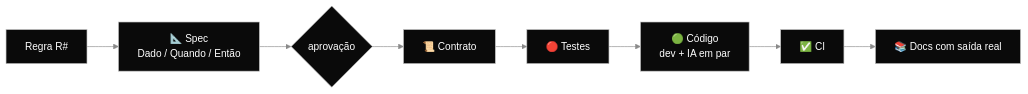
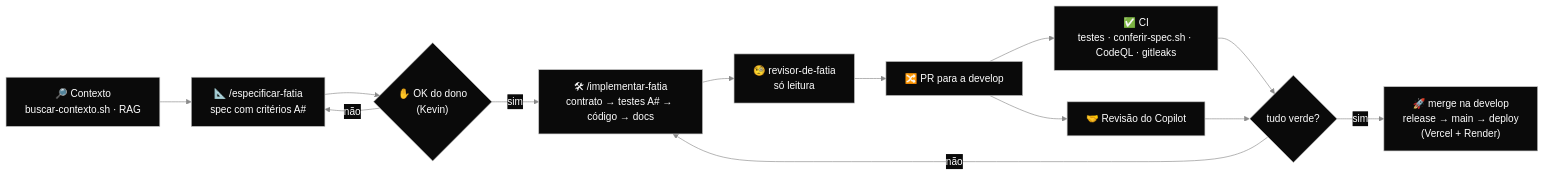
Before and after one commit to k3vinrich4rd/barbearia-altas-horas: the eighth of 8 diagrams in README.md, drawn with Mermaid. The commit also changed other lines of this file, not shown here.

Commit message:
docs(readme): seção única de como foi desenvolvido com IA (SDD, RAG, skills, agentes, Copilot e fluxo da fatia)

````diff
--- a/README.md
+++ b/README.md
@@ -708,11 +661,16 @@
 ```mermaid
 %%{init: {'theme':'base','themeVariables':{'primaryColor':'#0A0A0A','primaryTextColor':'#FFFFFF','primaryBorderColor':'#C0C0C0','lineColor':'#8A8A8A','fontFamily':'Helvetica, Arial, sans-serif'}}}%%
 flowchart LR
-    R[Regra R#] --> S[📐 Spec<br/>Dado / Quando / Então]
-    S --> OK{aprovação}
-    OK --> C[📜 Contrato]
-    C --> T[🔴 Testes]
-    T --> I[🟢 Código<br/>dev + IA em par]
-    I --> V[✅ CI]
-    V --> D[📚 Docs com saída real]
+    B["🔎 Contexto<br/>buscar-contexto.sh · RAG"] --> E["📐 /especificar-fatia<br/>spec com critérios A#"]
+    E --> OK{"✋ OK do dono<br/>(Kevin)"}
+    OK -- "não" --> E
+    OK -- "sim" --> I["🛠 /implementar-fatia<br/>contrato → testes A# → código → docs"]
+    I --> R["🧐 revisor-de-fatia<br/>só leitura"]
+    R --> PR["🔀 PR para a develop"]
+    PR --> CI["✅ CI<br/>testes · conferir-spec.sh · CodeQL · gitleaks"]
+    PR --> CP["🤝 Revisão do Copilot"]
+    CI --> M{"tudo verde?"}
+    CP --> M
+    M -- "sim" --> D["🚀 merge na develop<br/>release → main → deploy<br/>(Vercel + Render)"]
+    M -- "não" --> I
 ```
````
